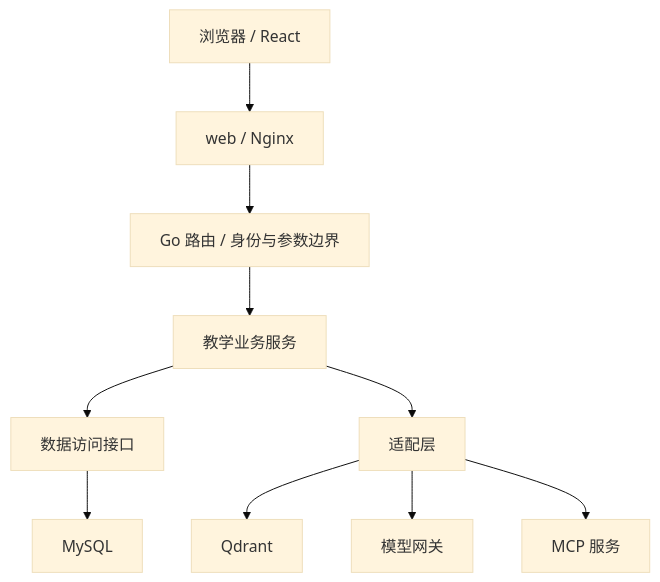
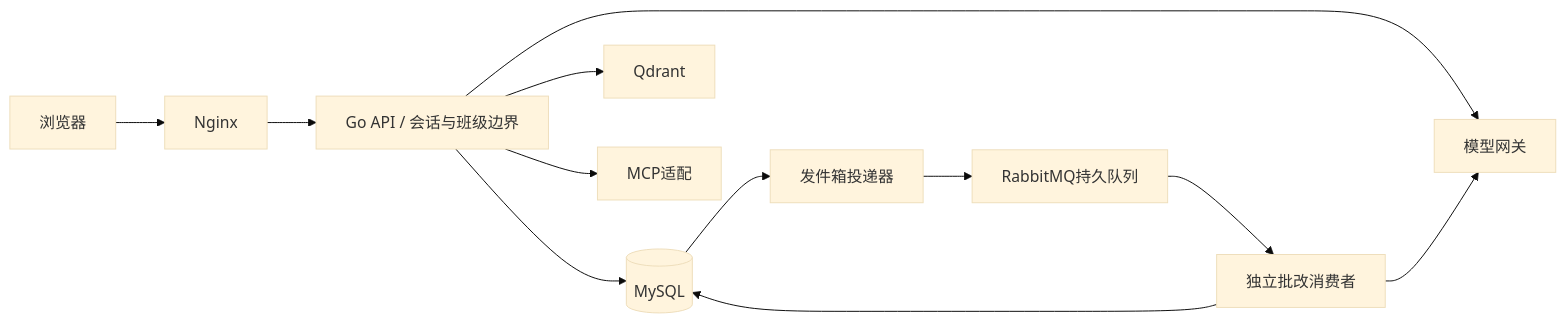
One commit to Hai-Story/team-campusclaw changed the diagram in docs/architecture.md. Above: the diagram before and after it, drawn with Mermaid (base theme). The commit also changed other lines of this file and 27 other files, not shown here.

````diff
--- a/docs/architecture.md
+++ b/docs/architecture.md
@@ -5,12 +5,14 @@
 ```mermaid
-flowchart TD
-    A[浏览器 / React] --> B[web / Nginx]
-    B --> C[Go 路由 / 身份与参数边界]
-    C --> D[教学业务服务]
-    D --> E[数据访问接口]
-    E --> F[MySQL]
-    D --> G[适配层]
-    G --> H[Qdrant]
-    G --> I[模型网关]
-    G --> J[MCP 服务]
+flowchart LR
+    Browser[浏览器] --> Web[Nginx]
+    Web --> API[Go API / 会话与班级边界]
+    API --> DB[(MySQL)]
+    API --> Qdrant[Qdrant]
+    API --> Model[模型网关]
+    API --> MCP[MCP适配]
+    DB --> Relay[发件箱投递器]
+    Relay --> MQ[RabbitMQ持久队列]
+    MQ --> Worker[独立批改消费者]
+    Worker --> Model
+    Worker --> DB
 ```
````
